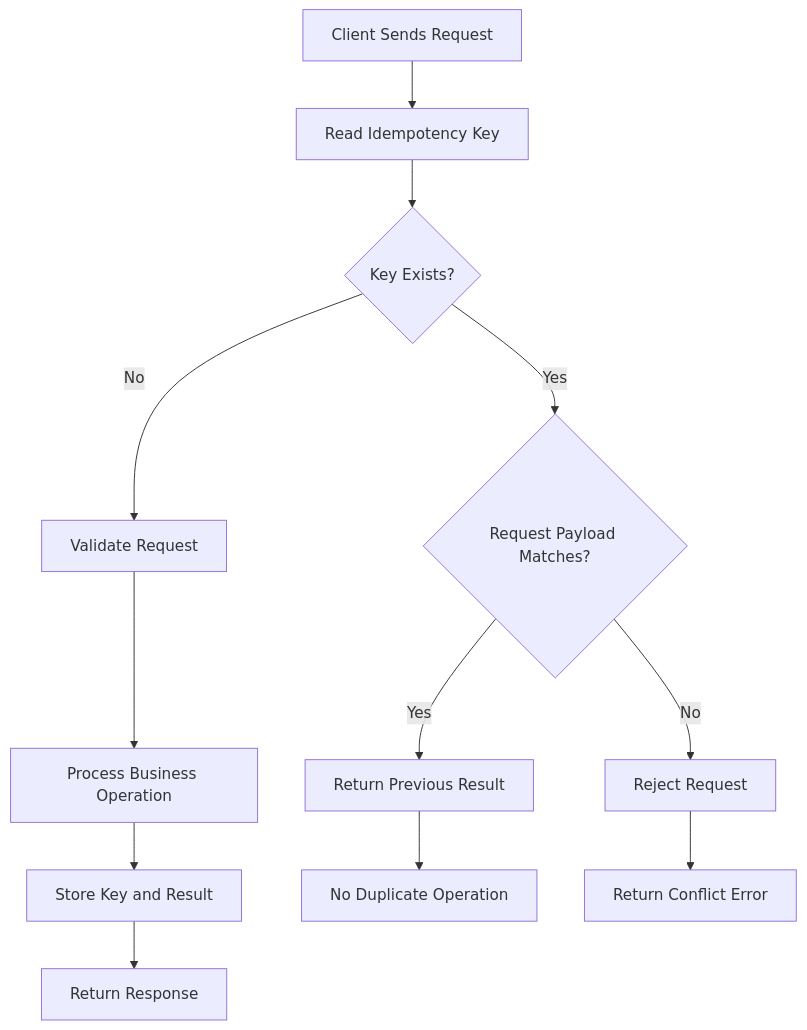
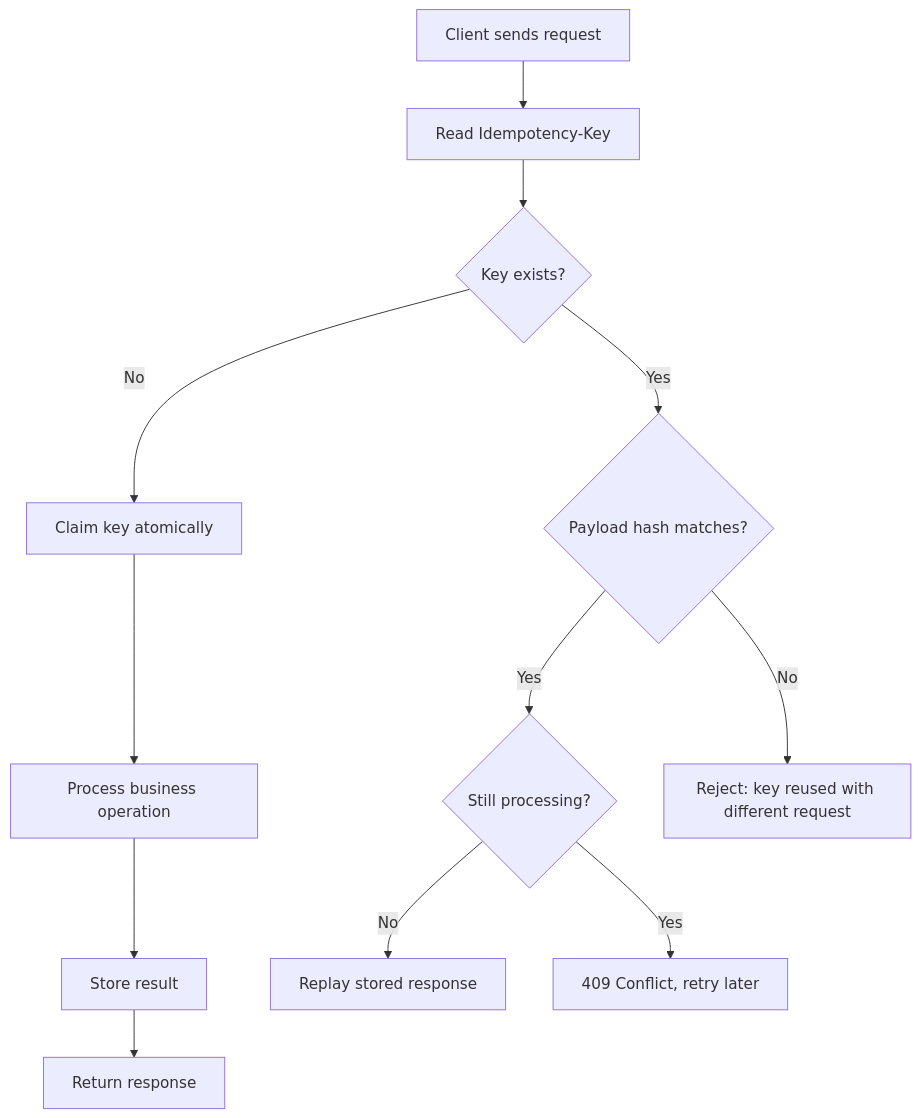
Before and after one commit to Yash-777/CodeTrove: the third of 7 diagrams in src/data/topics/api-integration/resilience/idempotency/content.md, drawn with Mermaid. The commit also changed other lines of this file and 1 other file, not shown here.

Commit message:
doc: updated idempotency

````diff
--- a/src/data/topics/api-integration/resilience/idempotency/content.md
+++ b/src/data/topics/api-integration/resilience/idempotency/content.md
@@ -273,17 +266,17 @@
 ```mermaid
 flowchart TD
-    A[Client Sends Request] --> B[Read Idempotency Key]
-    B --> C{Key Exists?}
+    A[Client sends request] --> B[Read Idempotency-Key]
+    B --> C{Key exists?}
 
-    C -->|No| D[Validate Request]
-    D --> E[Process Business Operation]
-    E --> F[Store Key and Result]
-    F --> G[Return Response]
+    C -->|No| D[Claim key atomically]
+    D --> E[Process business operation]
+    E --> F[Store result]
+    F --> G[Return response]
 
-    C -->|Yes| H{Request Payload Matches?}
-    H -->|Yes| I[Return Previous Result]
-    H -->|No| J[Reject Request]
+    C -->|Yes| H{Payload hash matches?}
+    H -->|Yes| I{Still processing?}
+    H -->|No| J[Reject: key reused with different request]
 
-    I --> K[No Duplicate Operation]
-    J --> L[Return Conflict Error]
+    I -->|No| K[Replay stored response]
+    I -->|Yes| L[409 Conflict, retry later]
 ```
````
